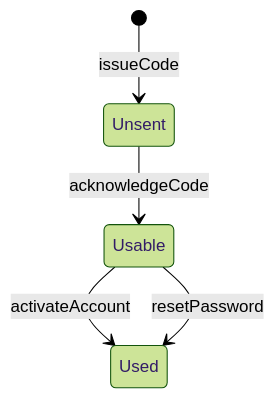
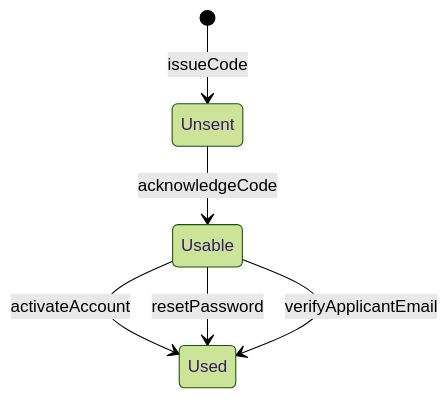
The second of 2 diagrams in docs/system/accounts.md (phibkro/vektorprogrammet-reimagined), drawn with Mermaid (forest theme) before and after one commit. The commit also changed other lines of this file and 115 other files, not shown here.

````diff
--- a/docs/system/accounts.md
+++ b/docs/system/accounts.md
@@ -72,7 +73,8 @@
 ```mermaid
 stateDiagram-v2
   [*] --> Unsent : issueCode
   Unsent --> Usable : acknowledgeCode
   Usable --> Used : activateAccount
   Usable --> Used : resetPassword
+  Usable --> Used : verifyApplicantEmail
 ```
````
